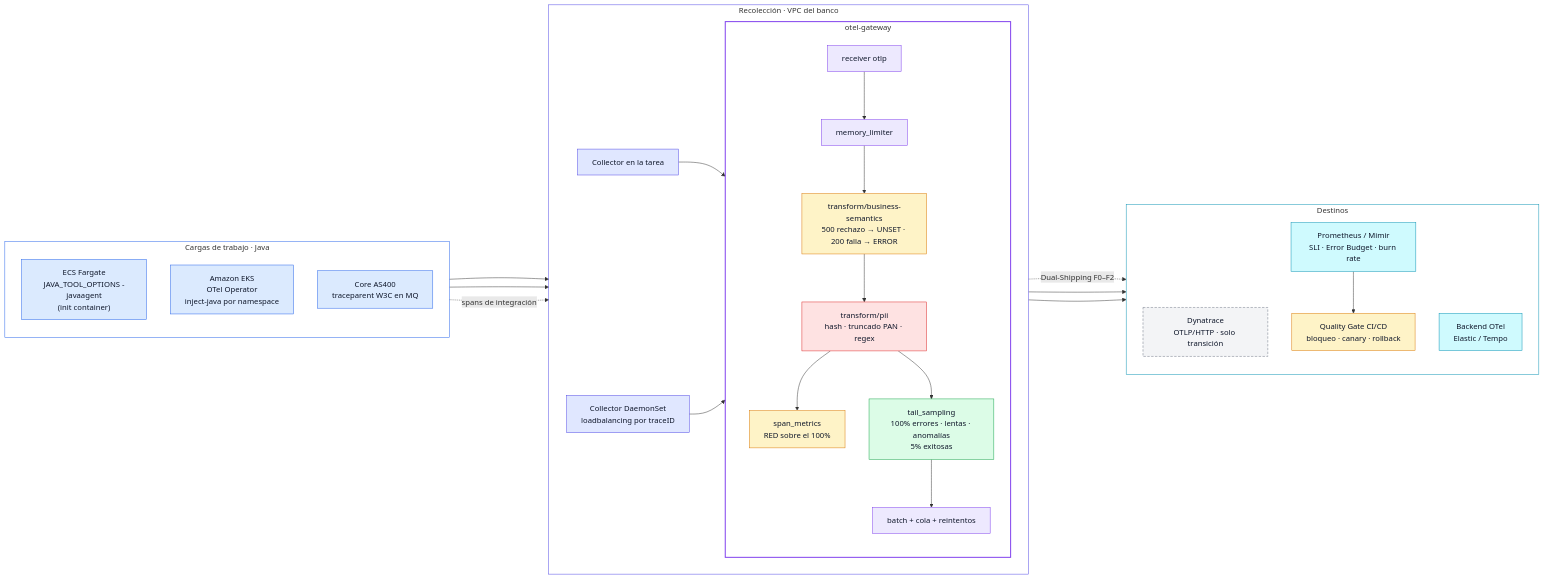
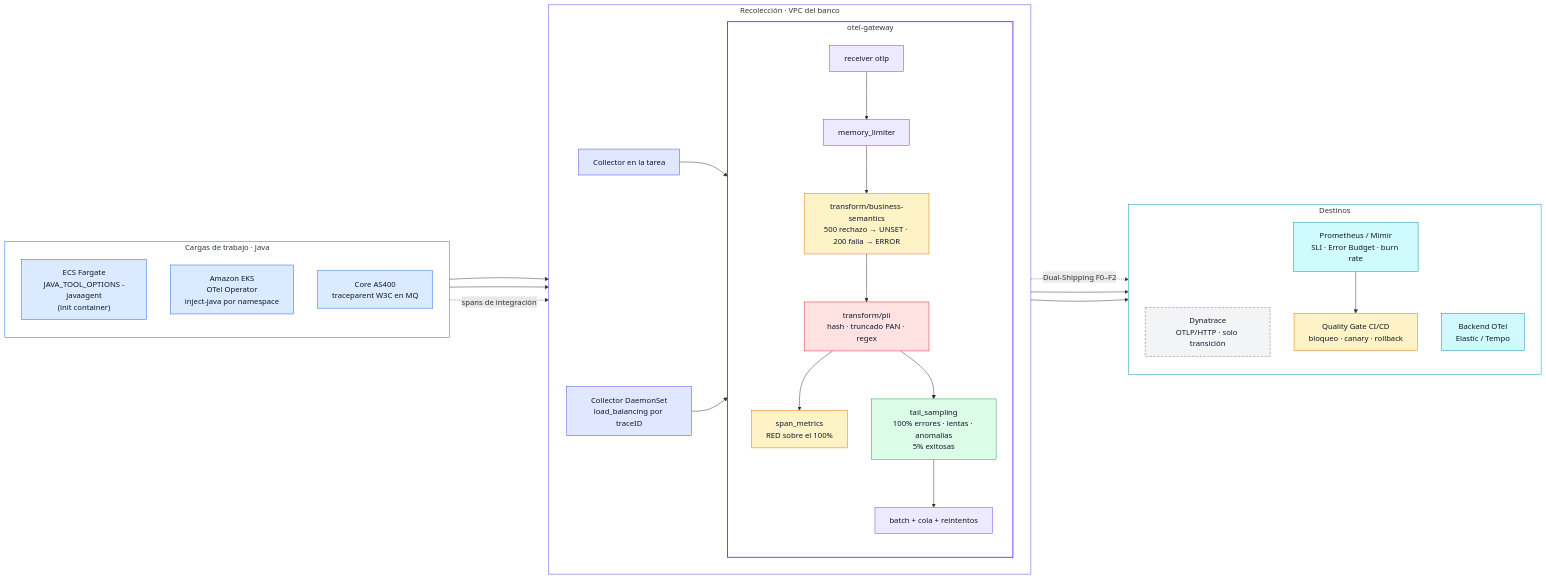
The diagram in README.md (anfedimo/sre-finops-otel-collector), drawn with Mermaid before and after one commit. The commit also changed other lines of this file and 7 other files, not shown here.

Commit message:
:cop: Enmascara emails URL-encoded y alias load_balancing

````diff
--- a/README.md
+++ b/README.md
@@ -24,64 +24,64 @@
 ```mermaid
 flowchart LR
     subgraph WL["Cargas de trabajo · Java"]
         direction TB
         ECS["ECS Fargate<br/>JAVA_TOOL_OPTIONS -javaagent<br/>(init container)"]
         EKS["Amazon EKS<br/>OTel Operator<br/>inject-java por namespace"]
         AS400["Core AS400<br/>traceparent W3C en MQ"]
     end
 
     subgraph VPC["Recolección · VPC del banco"]
         direction LR
         TASK["Collector en la tarea"]
-        NODE["Collector DaemonSet<br/>loadbalancing por traceID"]
+        NODE["Collector DaemonSet<br/>load_balancing por traceID"]
         subgraph GW["otel-gateway"]
             direction TB
             RX["receiver otlp"] --> ML["memory_limiter"]
             ML --> BIZ["transform/business-semantics<br/>500 rechazo → UNSET · 200 falla → ERROR"]
             BIZ --> PII["transform/pii<br/>hash · truncado PAN · regex"]
             PII --> SM["span_metrics<br/>RED sobre el 100%"]
             PII --> TS["tail_sampling<br/>100% errores · lentas · anomalías<br/>5% exitosas"]
             TS --> BATCH["batch + cola + reintentos"]
         end
     end
 
     subgraph DST["Destinos"]
         direction TB
         DT["Dynatrace<br/>OTLP/HTTP · solo transición"]
         OB["Backend OTel<br/>Elastic / Tempo"]
         PROM["Prometheus / Mimir<br/>SLI · Error Budget · burn rate"]
         QG["Quality Gate CI/CD<br/>bloqueo · canary · rollback"]
     end
 
     ECS --> TASK --> RX
     EKS --> NODE --> RX
     AS400 -. "spans de integración" .-> RX
     BATCH -. "Dual-Shipping F0–F2" .-> DT
     BATCH --> OB
     SM --> PROM
     PROM --> QG
 
     classDef workload fill:#dbeafe,stroke:#2563eb,color:#0f172a
     classDef collector fill:#e0e7ff,stroke:#4f46e5,color:#0f172a
     classDef processor fill:#ede9fe,stroke:#7c3aed,color:#0f172a
     classDef security fill:#fee2e2,stroke:#dc2626,color:#0f172a
     classDef finops fill:#dcfce7,stroke:#16a34a,color:#0f172a
     classDef legacy fill:#f3f4f6,stroke:#6b7280,color:#0f172a,stroke-dasharray:5 3
     classDef target fill:#cffafe,stroke:#0891b2,color:#0f172a
     classDef gate fill:#fef3c7,stroke:#d97706,color:#0f172a
 
     class ECS,EKS,AS400 workload
     class TASK,NODE collector
     class RX,ML,BATCH processor
     class BIZ,SM gate
     class PII security
     class TS finops
     class DT legacy
     class OB,PROM target
     class QG gate
 
     style WL fill:transparent,stroke:#2563eb,stroke-width:1px
     style VPC fill:transparent,stroke:#4f46e5,stroke-width:1px
     style GW fill:transparent,stroke:#7c3aed,stroke-width:2px
     style DST fill:transparent,stroke:#0891b2,stroke-width:1px
 ```
````
